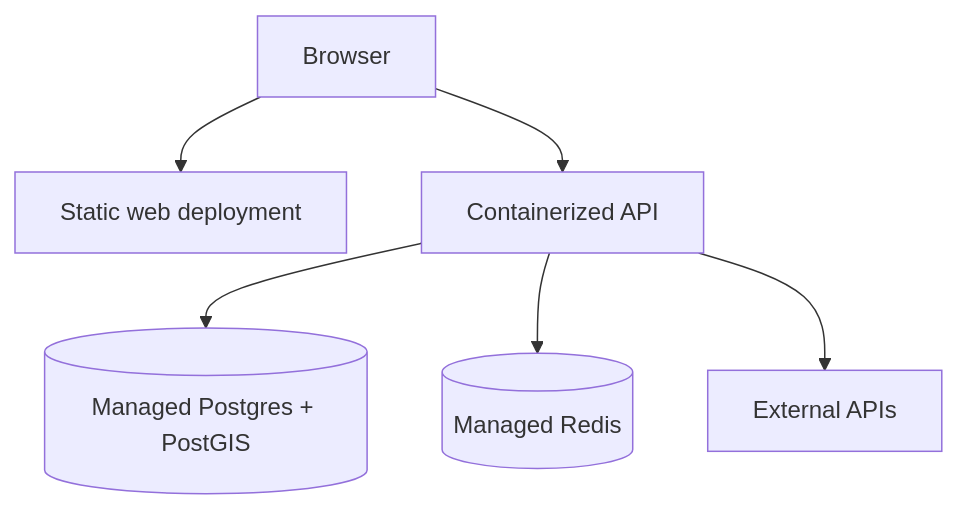
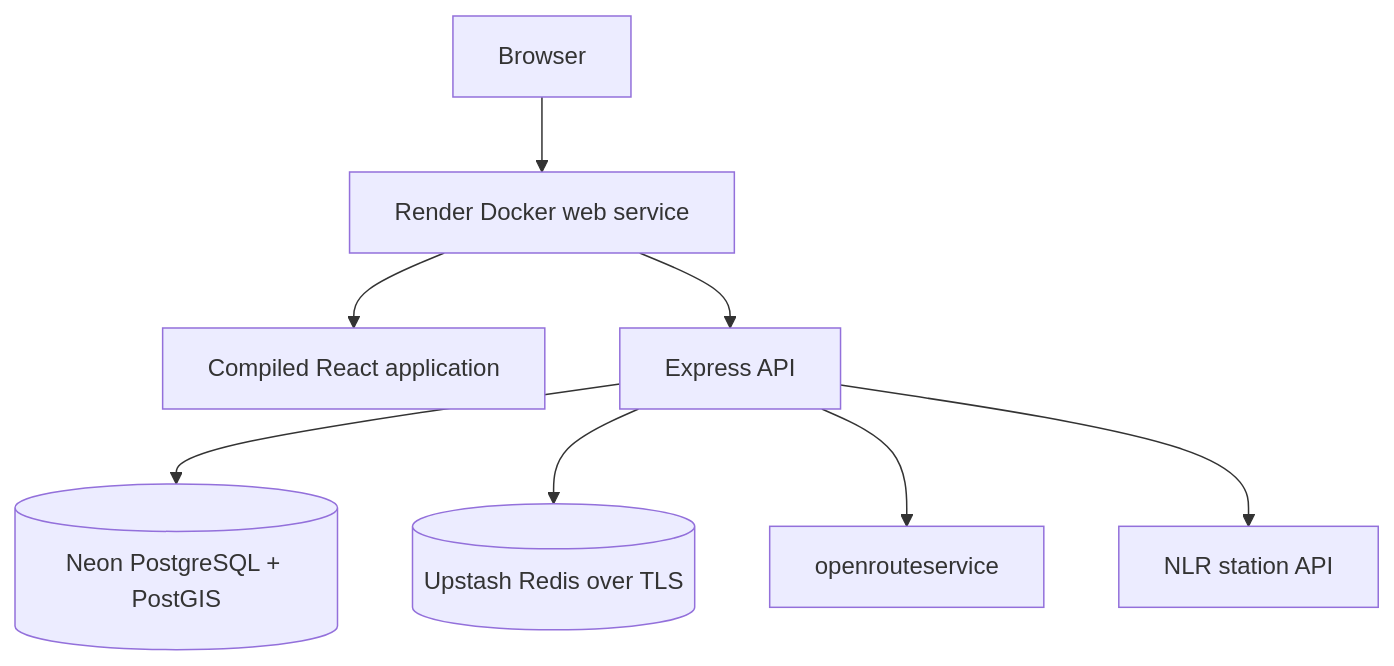
Before and after one commit to ErfanSadri/chargewise: the third of 3 diagrams in docs/02-architecture.md, drawn with Mermaid. The commit also changed other lines of this file and 5 other files, not shown here.

````diff
--- a/docs/02-architecture.md
+++ b/docs/02-architecture.md
@@ -247,8 +248,10 @@
 ```mermaid
 flowchart TB
-    B[Browser] --> CDN[Static web deployment]
-    B --> API[Containerized API]
-    API --> PG[(Managed Postgres + PostGIS)]
-    API --> Redis[(Managed Redis)]
-    API --> Providers[External APIs]
+    B[Browser] --> R[Render Docker web service]
+    R --> W[Compiled React application]
+    R --> API[Express API]
+    API --> PG[(Neon PostgreSQL + PostGIS)]
+    API --> Redis[(Upstash Redis over TLS)]
+    API --> ORS[openrouteservice]
+    API --> NLR[NLR station API]
 ```
````
